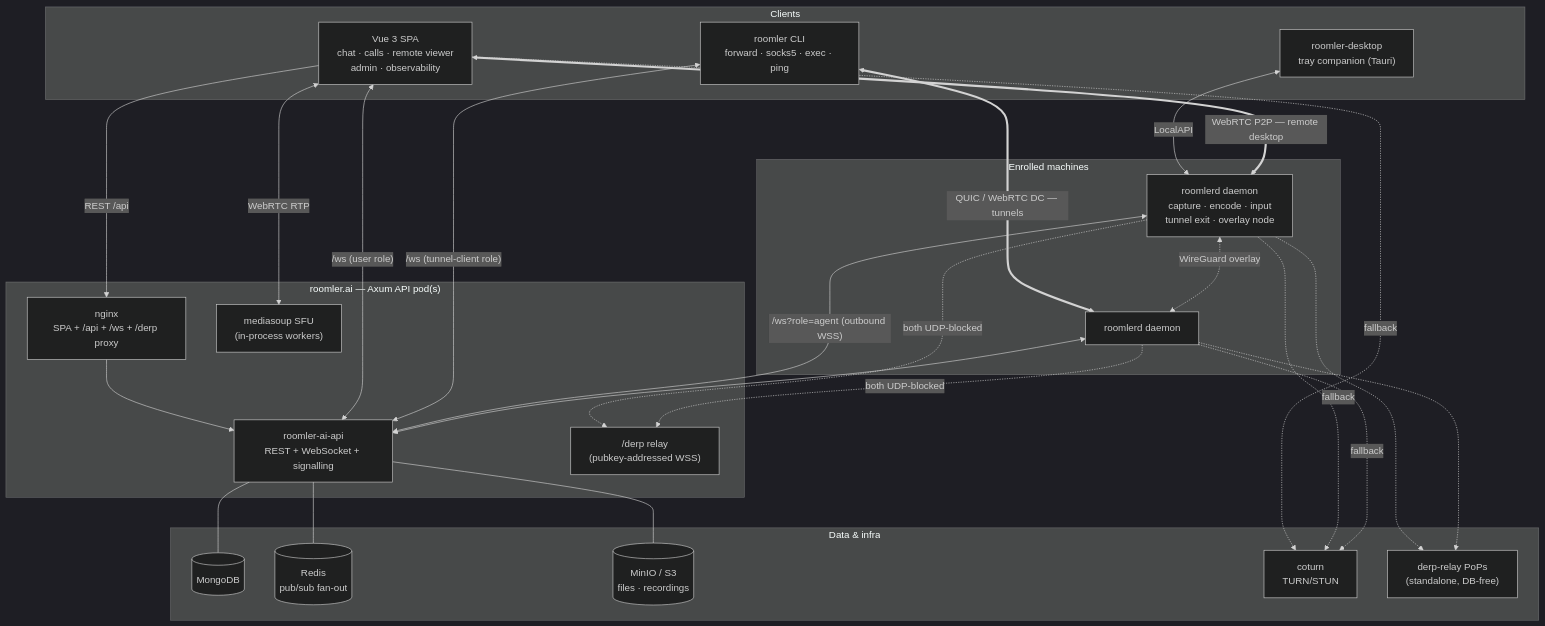
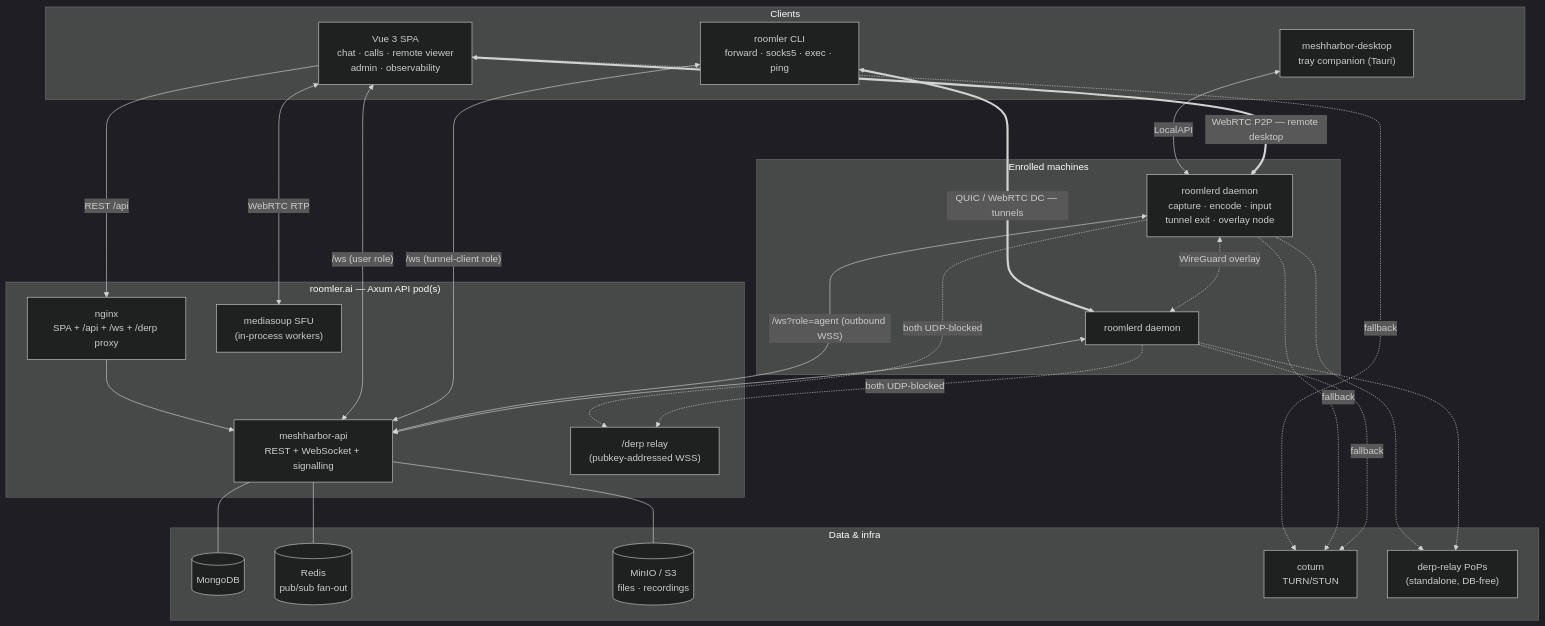
The first of 4 diagrams in docs/architecture.md (jk-zhang-meta/MeshHarbor), drawn with Mermaid (dark theme) before and after one commit. The commit also changed other lines of this file and 1297 other files, not shown here.

First line of the commit message:
rename(1/5): crate, package and directory names roomler -> meshharbor

````diff
--- a/docs/architecture.md
+++ b/docs/architecture.md
@@ -10,43 +10,43 @@
 ```mermaid
 flowchart TB
     subgraph clients["Clients"]
         SPA["Vue 3 SPA<br/>chat · calls · remote viewer<br/>admin · observability"]
         CLI["roomler CLI<br/>forward · socks5 · exec · ping"]
-        DESK["roomler-desktop<br/>tray companion (Tauri)"]
+        DESK["meshharbor-desktop<br/>tray companion (Tauri)"]
     end
 
     subgraph server["roomler.ai — Axum API pod(s)"]
         NG["nginx<br/>SPA + /api + /ws + /derp proxy"]
-        API["roomler-ai-api<br/>REST + WebSocket + signalling"]
+        API["meshharbor-api<br/>REST + WebSocket + signalling"]
         SFU["mediasoup SFU<br/>(in-process workers)"]
         DERPD["/derp relay<br/>(pubkey-addressed WSS)"]
     end
 
     subgraph data["Data & infra"]
         MONGO[("MongoDB")]
         REDIS[("Redis<br/>pub/sub fan-out")]
         S3[("MinIO / S3<br/>files · recordings")]
         TURN["coturn<br/>TURN/STUN"]
         POP["derp-relay PoPs<br/>(standalone, DB-free)"]
     end
 
     subgraph fleet["Enrolled machines"]
         D1["roomlerd daemon<br/>capture · encode · input<br/>tunnel exit · overlay node"]
         D2["roomlerd daemon"]
     end
 
     SPA -->|REST /api| NG --> API
     SPA <-->|"/ws (user role)"| API
     SPA <-->|"WebRTC RTP"| SFU
     CLI <-->|"/ws (tunnel-client role)"| API
     DESK <-->|LocalAPI| D1
     D1 <-->|"/ws?role=agent (outbound WSS)"| API
     D2 <--> API
     API --- MONGO & REDIS & S3
     SPA <==>|"WebRTC P2P — remote desktop"| D1
     CLI <==>|"QUIC / WebRTC DC — tunnels"| D2
     D1 <-.->|"WireGuard overlay"| D2
     SPA & D1 & D2 -.->|fallback| TURN
     D1 & D2 -.->|"both UDP-blocked"| DERPD
     D1 & D2 -.-> POP
 ```
````
